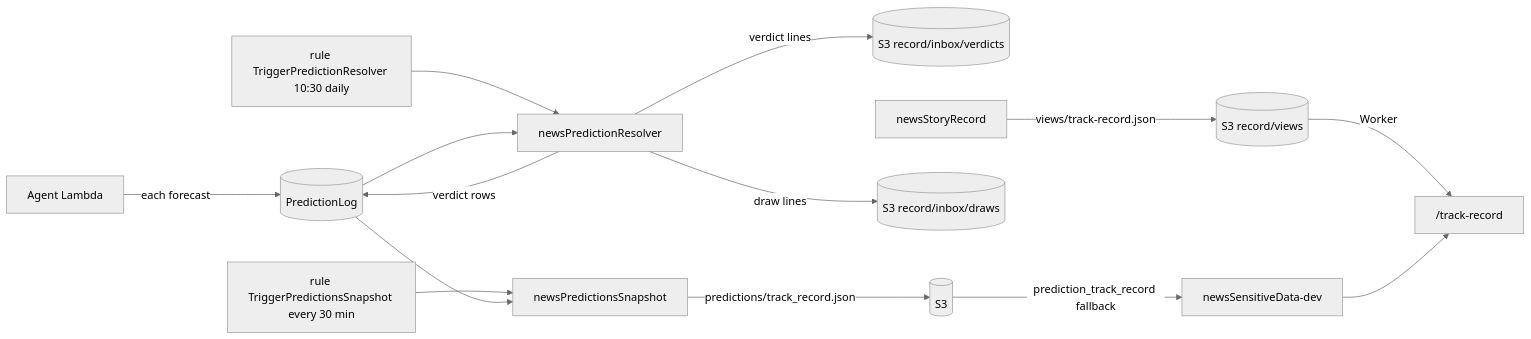
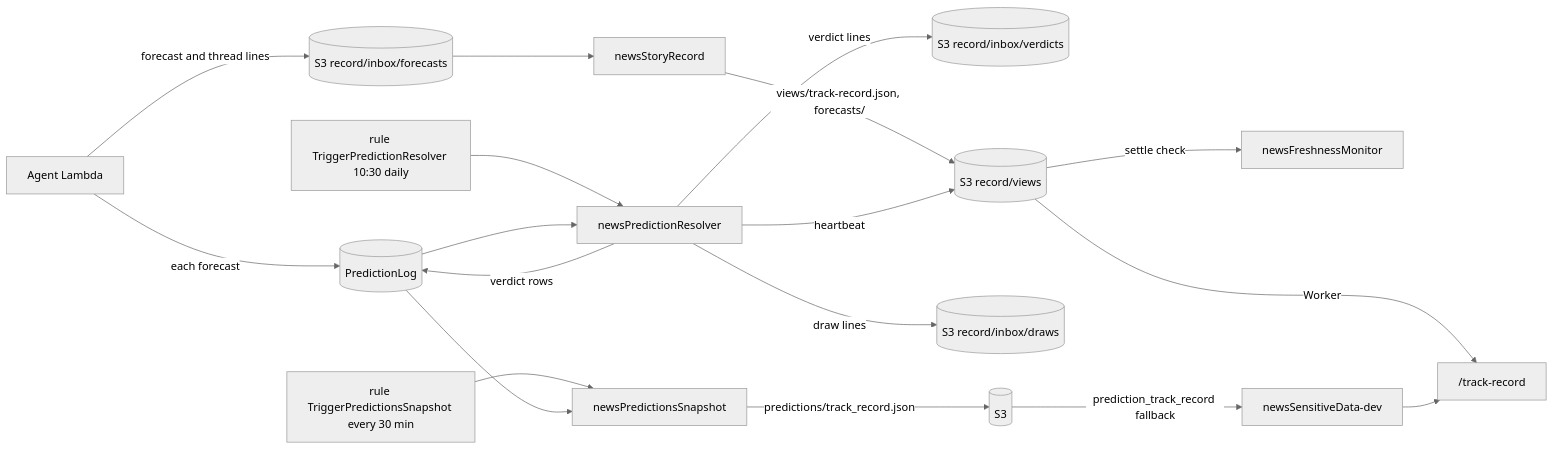
One commit to BenBen05059997/globalPerspective-v1 changed the fifth of 7 diagrams in project-docs/architecture/ARCHITECTURE.md. Above: the diagram before and after it, drawn with Mermaid (neutral theme). The commit also changed other lines of this file and 15 other files, not shown here.

First line of the commit message:
Decision 0052: forecasts inbox, resolver questions from the record, settleHealth and draw pool in the track-record view; READMEs, DATA_STRATEGY prefix rows and the architecture notes

````diff
--- a/project-docs/architecture/ARCHITECTURE.md
+++ b/project-docs/architecture/ARCHITECTURE.md
@@ -194,16 +194,20 @@
 ```mermaid
 flowchart LR
   ag[Agent Lambda] -->|each forecast| pl[(PredictionLog)]
+  ag -->|forecast and thread lines| fi[(S3 record/inbox/forecasts)]
   r[rule TriggerPredictionResolver 10:30 daily] --> pr[newsPredictionResolver]
   pl --> pr
   pr -->|verdict rows| pl
   pr -->|verdict lines| ib[(S3 record/inbox/verdicts)]
   q[rule TriggerPredictionsSnapshot every 30 min] --> sn[newsPredictionsSnapshot]
   pl --> sn
   sn -->|predictions/track_record.json| s3[(S3)]
   pr -->|draw lines| dw[(S3 record/inbox/draws)]
-  sr[newsStoryRecord] -->|views/track-record.json| rv[(S3 record/views)]
+  sr[newsStoryRecord] -->|views/track-record.json, forecasts/| rv[(S3 record/views)]
+  fi --> sr
+  pr -->|heartbeat| rv
   rv -->|Worker| tp["/track-record"]
+  rv -->|settle check| fm[newsFreshnessMonitor]
   s3 -->|prediction_track_record fallback| px[newsSensitiveData-dev]
   px --> tp
 ```
````
